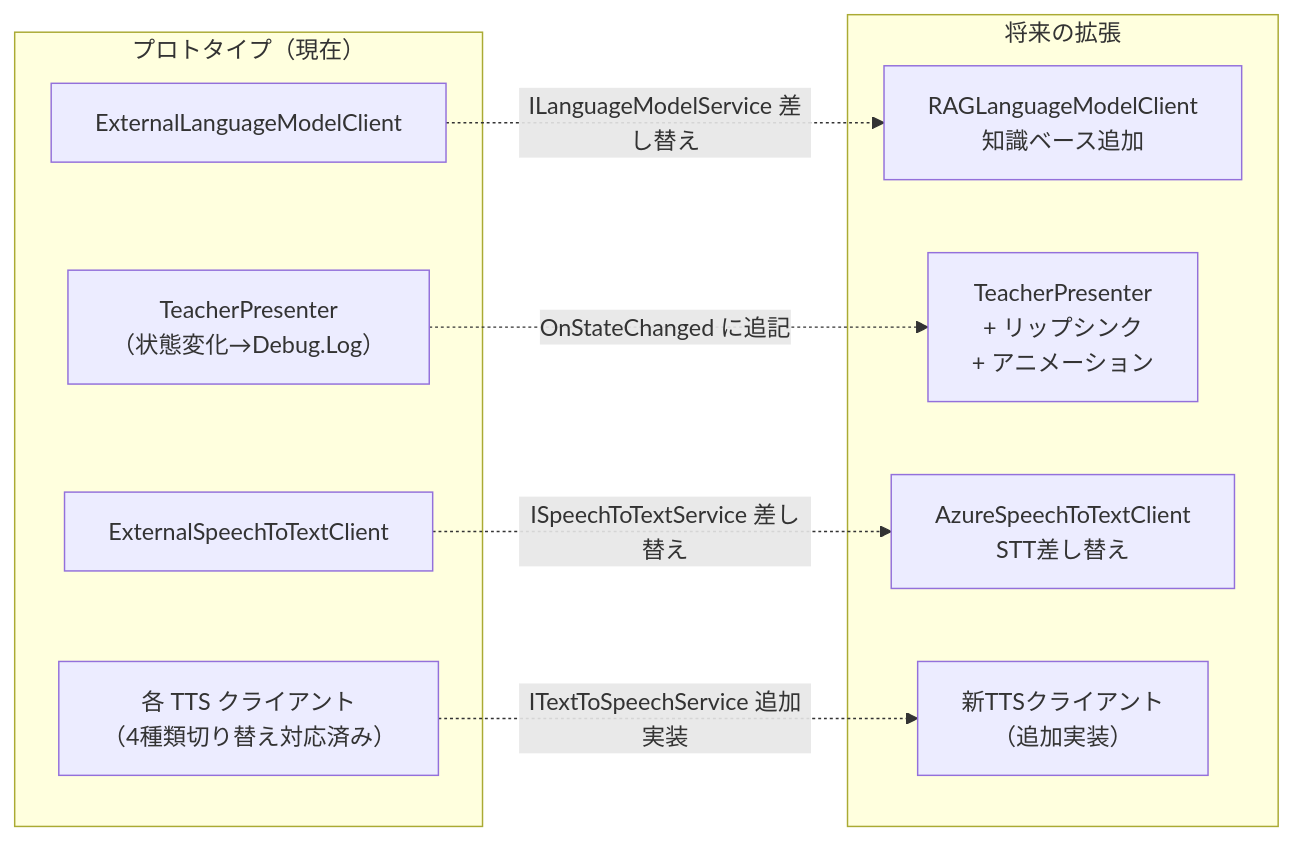
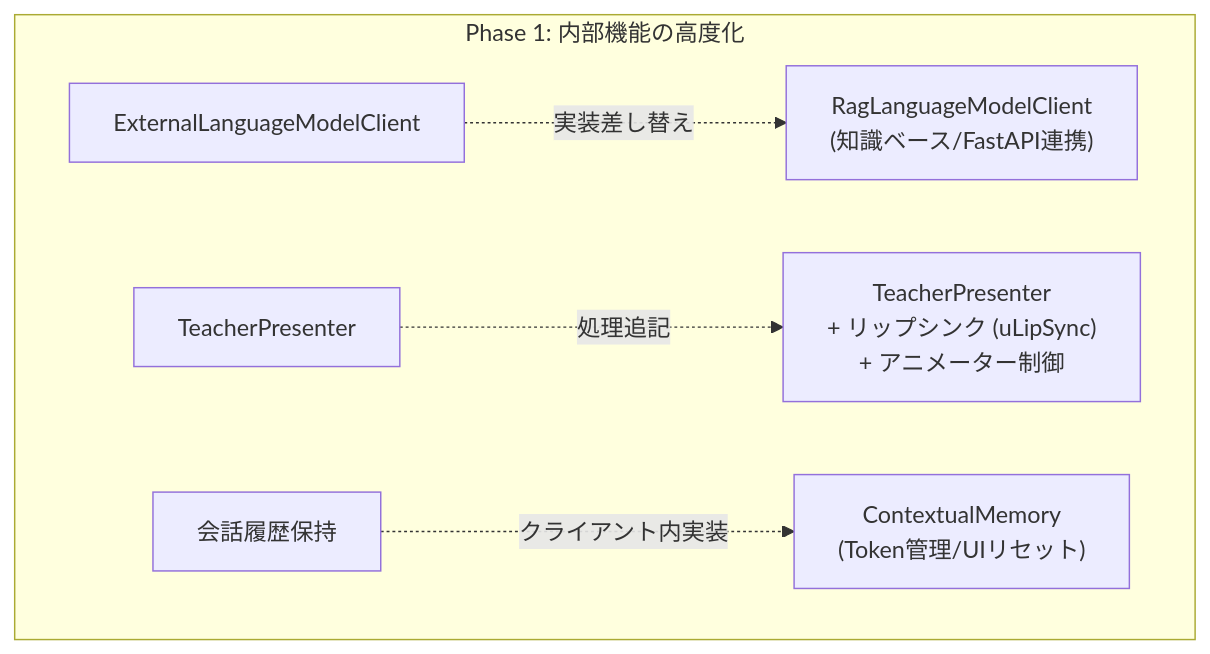
The fifth of 7 diagrams in prototype_design.md (ken00012/MRCharBase), drawn with Mermaid before and after one commit. The commit also changed other lines of this file, not shown here.

````diff
--- a/prototype_design.md
+++ b/prototype_design.md
@@ -1100,19 +1102,8 @@
 ```mermaid
-graph LR
-    subgraph "プロトタイプ（現在）"
-        A1["ExternalSpeechToTextClient"]
-        B1["ExternalLanguageModelClient"]
-        C1["各 TTS クライアント\n（4種類切り替え対応済み）"]
-        D1["TeacherPresenter\n（状態変化→Debug.Log）"]
+graph TD
+    subgraph "Phase 1: 内部機能の高度化"
+        A1["ExternalLanguageModelClient"] -.->|実装差し替え| B2["RagLanguageModelClient\n(知識ベース/FastAPI連携)"]
+        C1["TeacherPresenter"] -.->|処理追記| D2["TeacherPresenter\n+ リップシンク (uLipSync)\n+ アニメーター制御"]
+        E1["会話履歴保持"] -.->|クライアント内実装| E2["ContextualMemory\n(Token管理/UIリセット)"]
     end
-    subgraph "将来の拡張"
-        B2["RAGLanguageModelClient\n知識ベース追加"]
-        D2["TeacherPresenter\n+ リップシンク\n+ アニメーション"]
-        E2["AzureSpeechToTextClient\nSTT差し替え"]
-        F2["新TTSクライアント\n（追加実装）"]
-    end
-    B1 -.->|ILanguageModelService 差し替え| B2
-    D1 -.->|OnStateChanged に追記| D2
-    A1 -.->|ISpeechToTextService 差し替え| E2
-    C1 -.->|ITextToSpeechService 追加実装| F2
 ```
````
